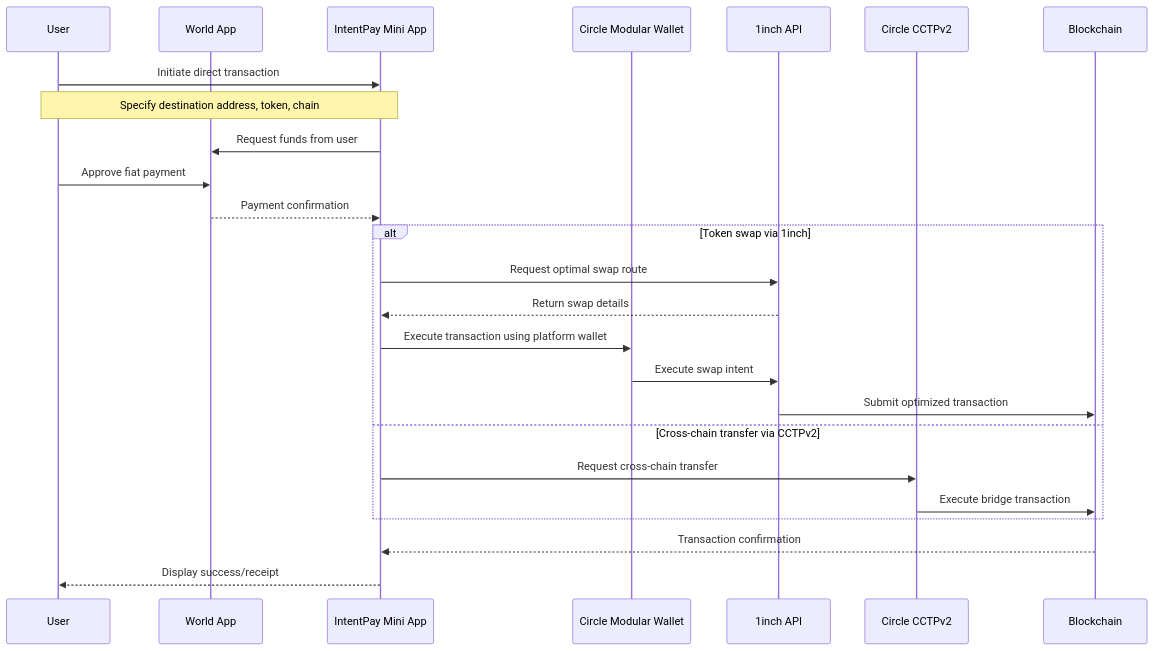
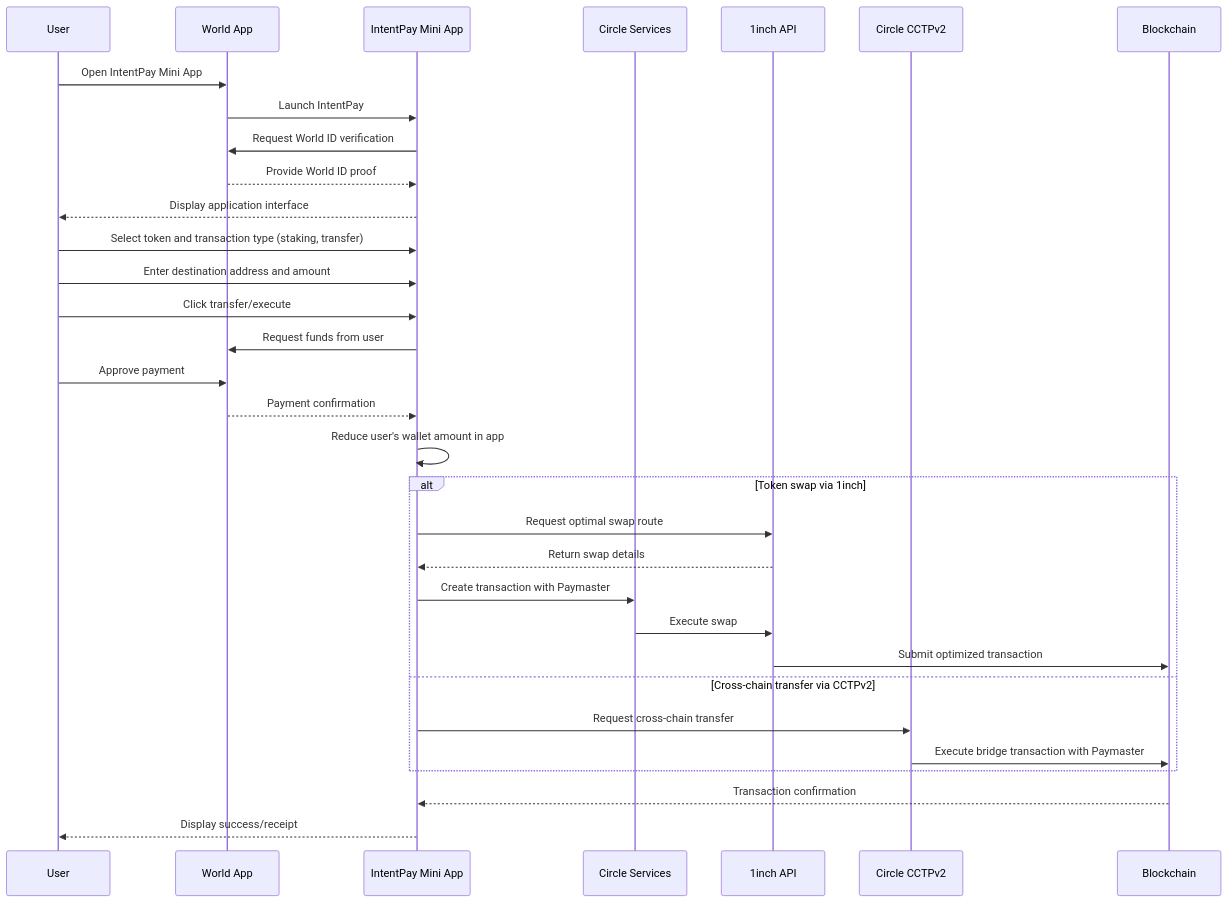
One commit to IntentPay/intent-pay changed the diagram in sequential_chart.md. Above: the diagram before and after it, drawn with Mermaid. The commit also changed other lines of this file and 1 other file, not shown here.

Commit message:
fix the chart

````diff
--- a/sequential_chart.md
+++ b/sequential_chart.md
@@ -22,31 +3,40 @@
 ```mermaid
 sequenceDiagram
     participant User
     participant World_App as World App
     participant IntentPay_App as IntentPay Mini App
-    participant Circle_Wallet as Circle Modular Wallet
+    participant Circle_Services as Circle Services
     participant OneInch as 1inch API
     participant CCTP as Circle CCTPv2
     participant Blockchain
 
-    %% IntentPay Flow - Direct Payment Without User Wallet
-    User->>IntentPay_App: Initiate direct transaction
-    Note over User,IntentPay_App: Specify destination address, token, chain
+    %% Signup/Login Flow
+    User->>World_App: Open IntentPay Mini App
+    World_App->>IntentPay_App: Launch IntentPay
+    IntentPay_App->>World_App: Request World ID verification
+    World_App-->>IntentPay_App: Provide World ID proof
+    IntentPay_App-->>User: Display application interface
+
+    %% IntentPay Direct Payment Flow
+    User->>IntentPay_App: Select token and transaction type (staking, transfer)
+    User->>IntentPay_App: Enter destination address and amount
+    User->>IntentPay_App: Click transfer/execute
     IntentPay_App->>World_App: Request funds from user
-    User->>World_App: Approve fiat payment
+    User->>World_App: Approve payment
     World_App-->>IntentPay_App: Payment confirmation
+    IntentPay_App->>IntentPay_App: Reduce user's wallet amount in app
     
     alt Token swap via 1inch
         IntentPay_App->>OneInch: Request optimal swap route
         OneInch-->>IntentPay_App: Return swap details
-        IntentPay_App->>Circle_Wallet: Execute transaction using platform wallet
-        Circle_Wallet->>OneInch: Execute swap intent
+        IntentPay_App->>Circle_Services: Create transaction with Paymaster
+        Circle_Services->>OneInch: Execute swap
         OneInch->>Blockchain: Submit optimized transaction
     else Cross-chain transfer via CCTPv2
         IntentPay_App->>CCTP: Request cross-chain transfer
-        CCTP->>Blockchain: Execute bridge transaction
+        CCTP->>Blockchain: Execute bridge transaction with Paymaster
     end
     
     Blockchain-->>IntentPay_App: Transaction confirmation
     IntentPay_App-->>User: Display success/receipt
 ```
````
